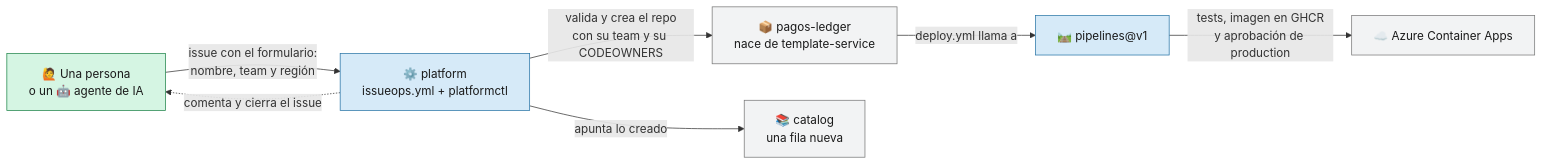
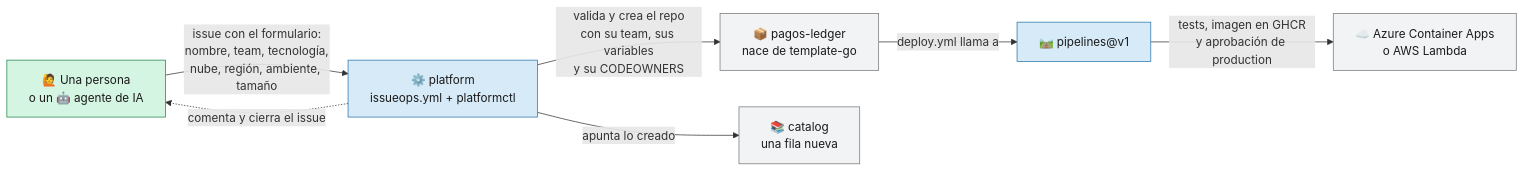
Before and after one commit to yembertQC/Reto_Platform-Enginner_ED-Team: the sixth of 8 diagrams in doc/00-Ingenieria-de-Plataforma.md, drawn with Mermaid. The commit also changed other lines of this file and 11 other files, not shown here.

````diff
--- a/doc/00-Ingenieria-de-Plataforma.md
+++ b/doc/00-Ingenieria-de-Plataforma.md
@@ -186,23 +188,23 @@
 ```mermaid
 flowchart LR
     WHO["🙋 Una persona<br/>o un 🤖 agente de IA"]
     PLAT["⚙️ platform<br/>issueops.yml + platformctl"]
-    SVC["📦 pagos-ledger<br/>nace de template-service"]
+    SVC["📦 pagos-ledger<br/>nace de template-go"]
     CAT["📚 catalog<br/>una fila nueva"]
     PIPE["🛤️ pipelines@v1"]
-    CLOUD["☁️ Azure Container Apps"]
+    CLOUD["☁️ Azure Container Apps<br/>o AWS Lambda"]
 
-    WHO -->|"issue con el formulario:<br/>nombre, team y región"| PLAT
-    PLAT -->|"valida y crea el repo<br/>con su team y su CODEOWNERS"| SVC
+    WHO -->|"issue con el formulario:<br/>nombre, team, tecnología,<br/>nube, región, ambiente, tamaño"| PLAT
+    PLAT -->|"valida y crea el repo<br/>con su team, sus variables<br/>y su CODEOWNERS"| SVC
     PLAT -->|"apunta lo creado"| CAT
     PLAT -.->|"comenta y cierra el issue"| WHO
     SVC -->|"deploy.yml llama a"| PIPE
     PIPE -->|"tests, imagen en GHCR<br/>y aprobación de production"| CLOUD
 
     classDef who fill:#D5F5E3,stroke:#1E8449,color:#1a1a1a
     classDef plat fill:#D6EAF8,stroke:#2874A6,color:#1a1a1a
     classDef out fill:#F2F3F4,stroke:#777,color:#1a1a1a
     class WHO who
     class PLAT,PIPE plat
     class SVC,CAT,CLOUD out
 ```
````
